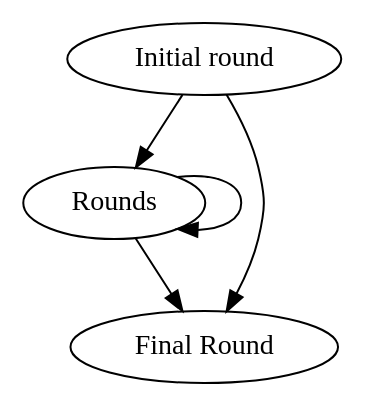
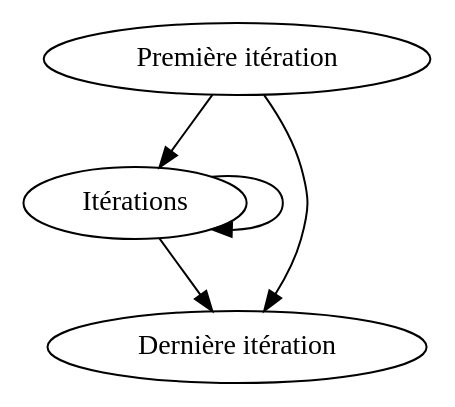
The diagram in supports/libs/AESsimpleCFG.dot (yaps8/these), drawn with Graphviz before and after one commit. The commit also changed 7 other files, not shown here.

```diff
--- a/supports/libs/AESsimpleCFG.dot
+++ b/supports/libs/AESsimpleCFG.dot
@@ -1,9 +1,9 @@
 Digraph G{
-"1" [label="Initial round"]
-"2" [label="Rounds"]
-"3" [label="Final Round"]
+"1" [label="Première itération"]
+"2" [label="Itérations"]
+"3" [label="Dernière itération"]
 "1" -> "3"
 "1" -> "2"
 "2" -> "2"
 "2" -> "3"
 }
```
